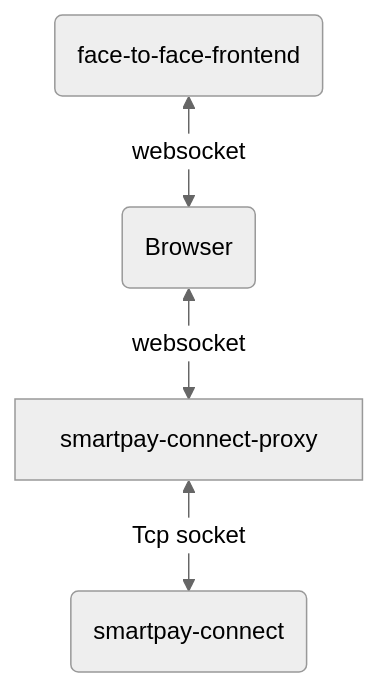
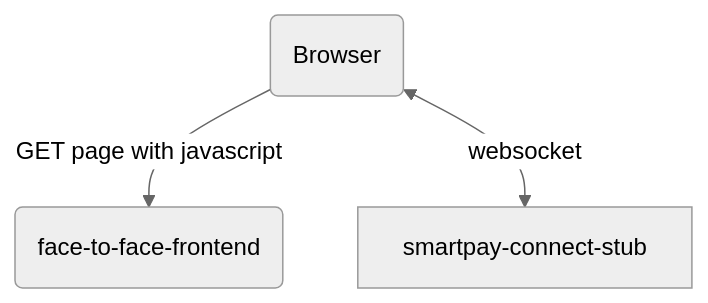
One commit to hmrc/smartpay-connect-stub changed the first of 2 diagrams in README.md. Above: the diagram before and after it, drawn with Mermaid (neutral theme). The commit also changed other lines of this file, not shown here.

````diff
--- a/README.md
+++ b/README.md
@@ -19,6 +19,5 @@
 ```mermaid
 graph TD
-F2F(face-to-face-frontend) <-->|websocket| A(Browser)
-A(Browser) <-->|websocket| B[smartpay-connect-proxy]
-B <-->|Tcp socket| C(smartpay-connect)
+A(Browser) -->|GET page with javascript| F2F(face-to-face-frontend) 
+A <-->|websocket| B[smartpay-connect-stub]
 ```
````
